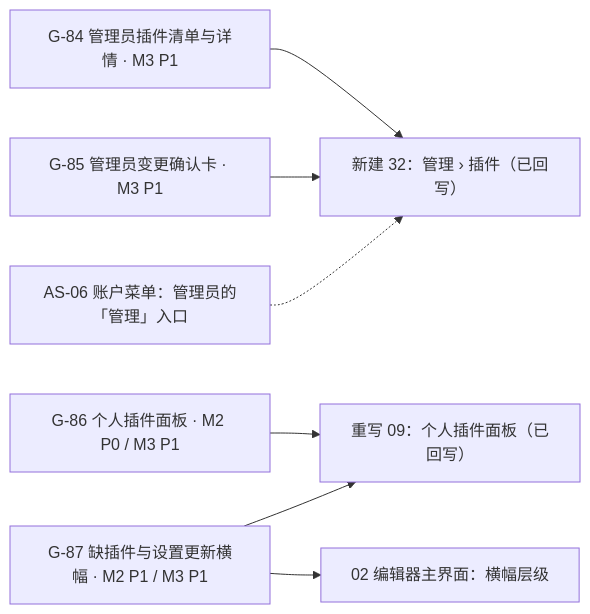
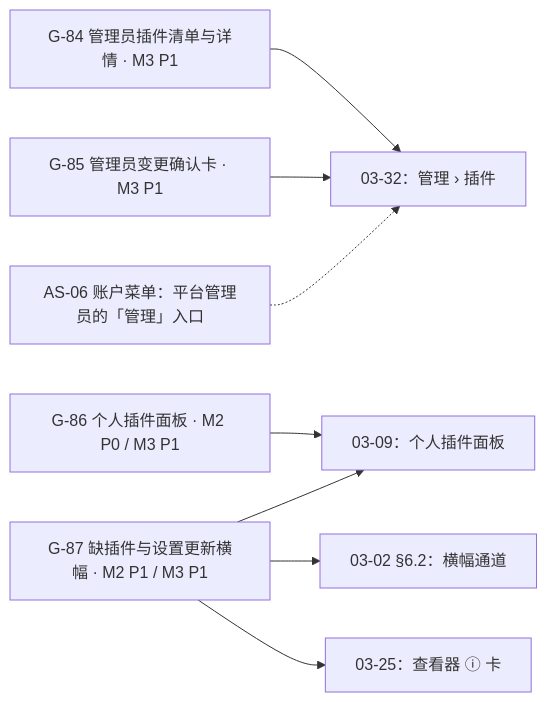
Before and after one commit to Xeonice/cordis-ppt-editor: the fifth of 5 diagrams in docs/10-prd/07-design-coverage-and-gaps.md, drawn with Mermaid. The commit also changed other lines of this file and 19 other files, not shown here.

````diff
--- a/docs/10-prd/07-design-coverage-and-gaps.md
+++ b/docs/10-prd/07-design-coverage-and-gaps.md
@@ -782,17 +888,19 @@
 ```mermaid
 flowchart LR
   g84["G-84 管理员插件清单与详情 · M3 P1"]
   g85["G-85 管理员变更确认卡 · M3 P1"]
   g86["G-86 个人插件面板 · M2 P0 / M3 P1"]
   g87["G-87 缺插件与设置更新横幅 · M2 P1 / M3 P1"]
-  admin["新建 32：管理 › 插件（已回写）"]
-  personal["重写 09：个人插件面板（已回写）"]
-  editor["02 编辑器主界面：横幅层级"]
-  menu["AS-06 账户菜单：管理员的「管理」入口"]
+  admin["03-32：管理 › 插件"]
+  personal["03-09：个人插件面板"]
+  editor["03-02 §6.2：横幅通道"]
+  viewer["03-25：查看器 ⓘ 卡"]
+  menu["AS-06 账户菜单：平台管理员的「管理」入口"]
   g84 --> admin
   g85 --> admin
   g86 --> personal
   g87 --> editor
   g87 --> personal
+  g87 --> viewer
   menu -.-> admin
 ```
````
